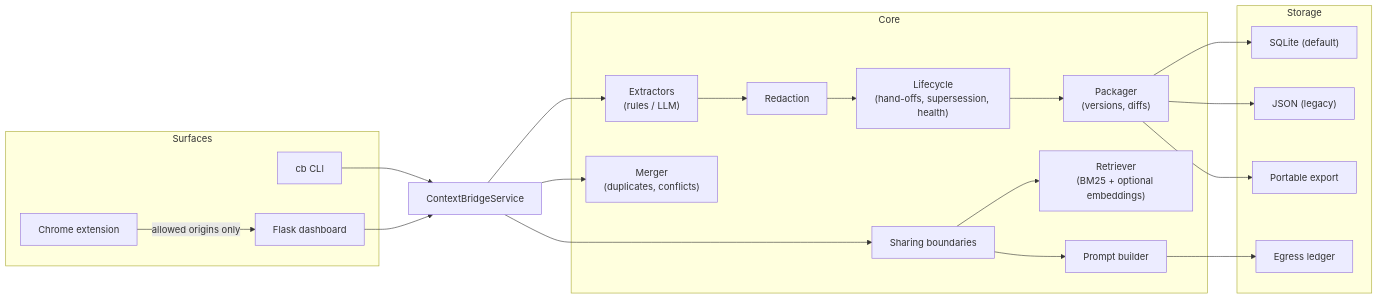
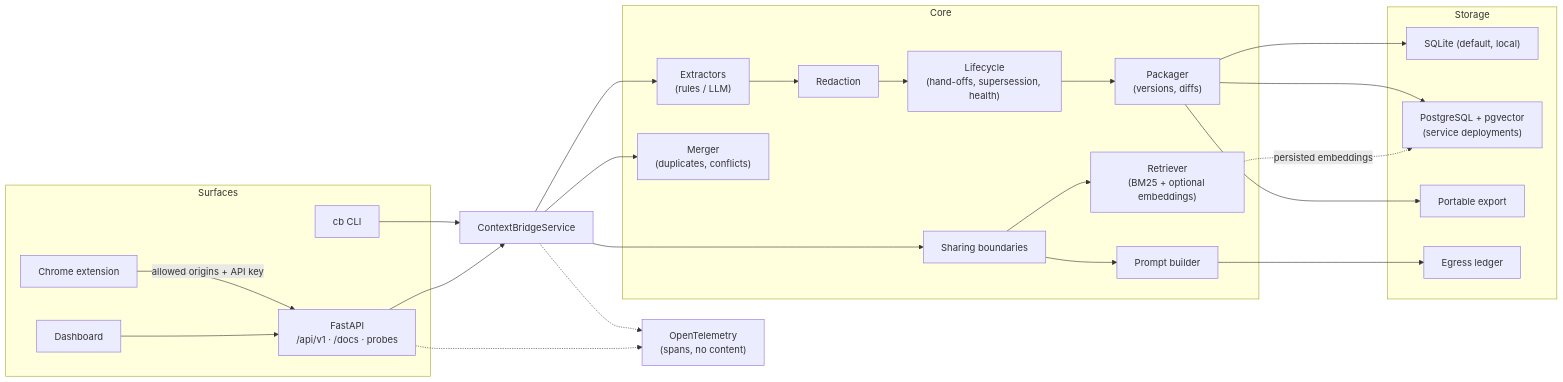
Before and after one commit to TirthPatel6104/ContextBridge: the first of 2 diagrams in README.md, drawn with Mermaid. The commit also changed other lines of this file and 53 other files, not shown here.

Commit message:
Release 0.4.0: FastAPI server, PostgreSQL + pgvector, golden eval harness, benchmarks, Docker, CI/CD, AWS infra, OpenTelemetry

````diff
--- a/README.md
+++ b/README.md
@@ -122,34 +121,40 @@
 ```mermaid
 graph LR
     subgraph Surfaces
         CLI["cb CLI"]
-        WEB["Flask dashboard"]
+        API["FastAPI<br/>/api/v1 · /docs · probes"]
+        WEB["Dashboard"]
         EXT["Chrome extension"]
     end
     SVC["ContextBridgeService"]
     subgraph Core
         EXTR["Extractors<br/>(rules / LLM)"]
         RED["Redaction"]
         LIFE["Lifecycle<br/>(hand-offs, supersession, health)"]
         PKG["Packager<br/>(versions, diffs)"]
         RET["Retriever<br/>(BM25 + optional embeddings)"]
         MRG["Merger<br/>(duplicates, conflicts)"]
         SHR["Sharing boundaries"]
         PB["Prompt builder"]
     end
     subgraph Storage
-        SQL["SQLite (default)"]
-        JSON["JSON (legacy)"]
+        SQL["SQLite (default, local)"]
+        PG["PostgreSQL + pgvector<br/>(service deployments)"]
         PORT["Portable export"]
         LEDGER["Egress ledger"]
     end
-    EXT -->|allowed origins only| WEB
+    OTEL["OpenTelemetry<br/>(spans, no content)"]
+    EXT -->|allowed origins + API key| API
+    WEB --> API
     CLI --> SVC
-    WEB --> SVC
+    API --> SVC
     SVC --> EXTR --> RED --> LIFE --> PKG --> SQL
+    PKG --> PG
     SVC --> SHR --> RET
+    RET -.->|persisted embeddings| PG
     SHR --> PB --> LEDGER
     SVC --> MRG
-    PKG --> JSON
     PKG --> PORT
+    SVC -.-> OTEL
+    API -.-> OTEL
 ```
````
